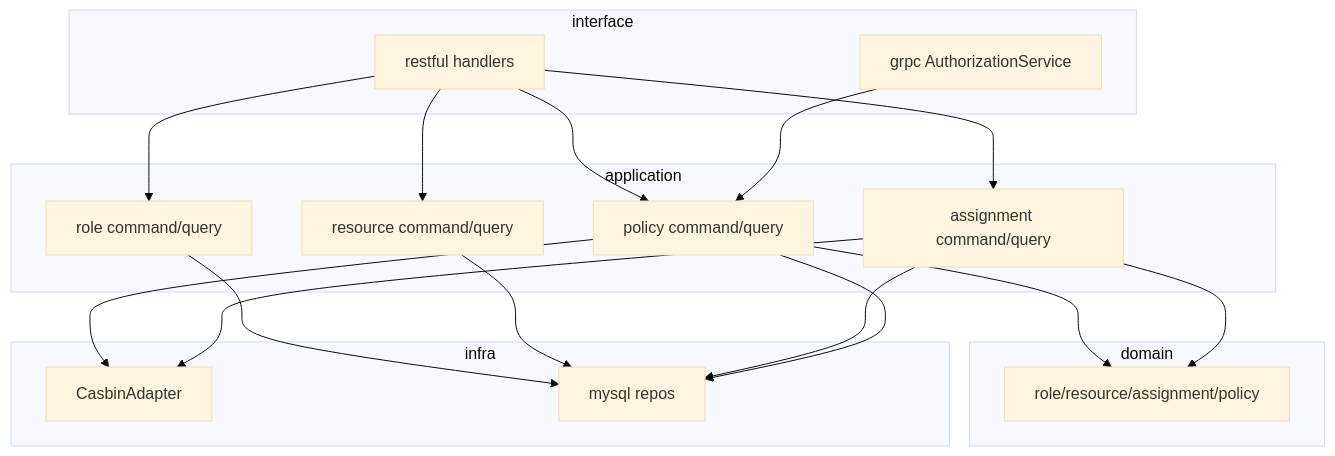
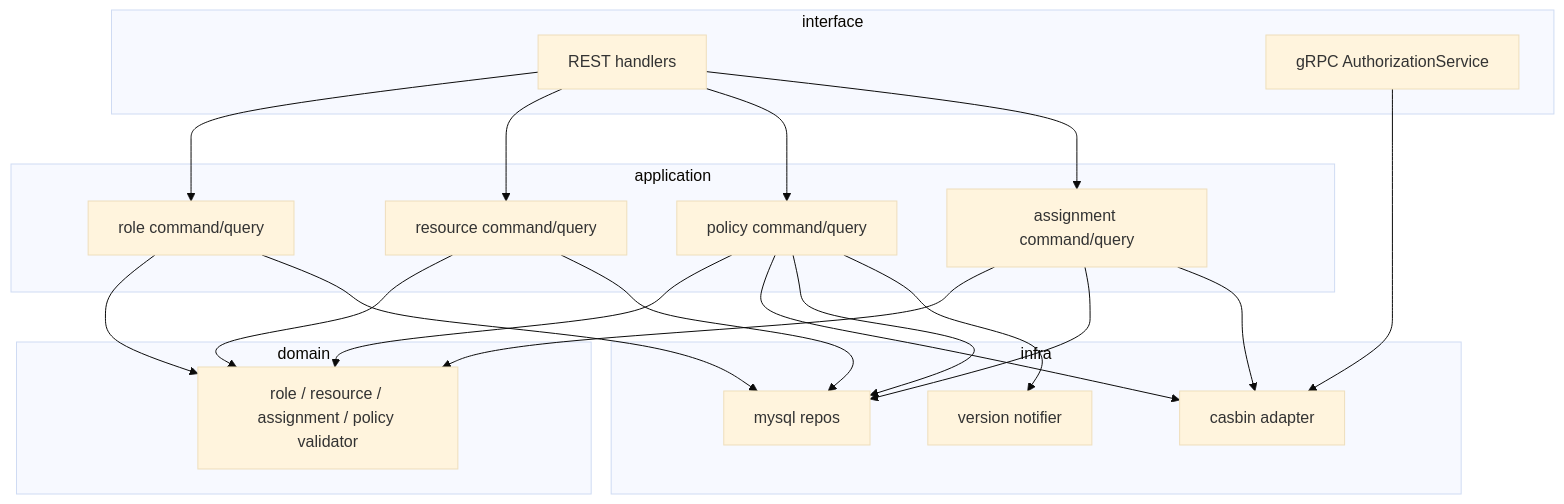
Before and after one commit to FangcunMount/iam-contracts: the fourth of 4 diagrams in docs/02-业务域/02-authz-角色、策略、资源、Assignment.md, drawn with Mermaid (base theme). The commit also changed other lines of this file and 24 other files, not shown here.

````diff
--- a/docs/02-业务域/02-authz-角色、策略、资源、Assignment.md
+++ b/docs/02-业务域/02-authz-角色、策略、资源、Assignment.md
@@ -115,33 +155,38 @@
 ```mermaid
 flowchart TB
   subgraph interface
-    R[restful handlers]
-    G[grpc AuthorizationService]
+    RH["REST handlers"]
+    GS["gRPC AuthorizationService"]
   end
   subgraph application
-    RC[role command/query]
-    RS[resource command/query]
-    PC[policy command/query]
-    AC[assignment command/query]
+    RC["role command/query"]
+    RS["resource command/query"]
+    PC["policy command/query"]
+    AC["assignment command/query"]
   end
   subgraph domain
-    DR[role/resource/assignment/policy]
+    DR["role / resource / assignment / policy validator"]
   end
   subgraph infra
-    CAS[CasbinAdapter]
-    MY[mysql repos]
+    CAS["casbin adapter"]
+    MY["mysql repos"]
+    MQ["version notifier"]
   end
-  R --> RC
-  R --> RS
-  R --> PC
-  R --> AC
-  G --> PC
+
+  RH --> RC
+  RH --> RS
+  RH --> PC
+  RH --> AC
+  GS --> CAS
+  RC --> DR
+  RS --> DR
   PC --> DR
-  PC --> CAS
   AC --> DR
-  AC --> CAS
   RC --> MY
   RS --> MY
+  PC --> CAS
+  PC --> MY
+  PC --> MQ
   AC --> MY
-  PC --> MY
+  AC --> CAS
 ```
````
